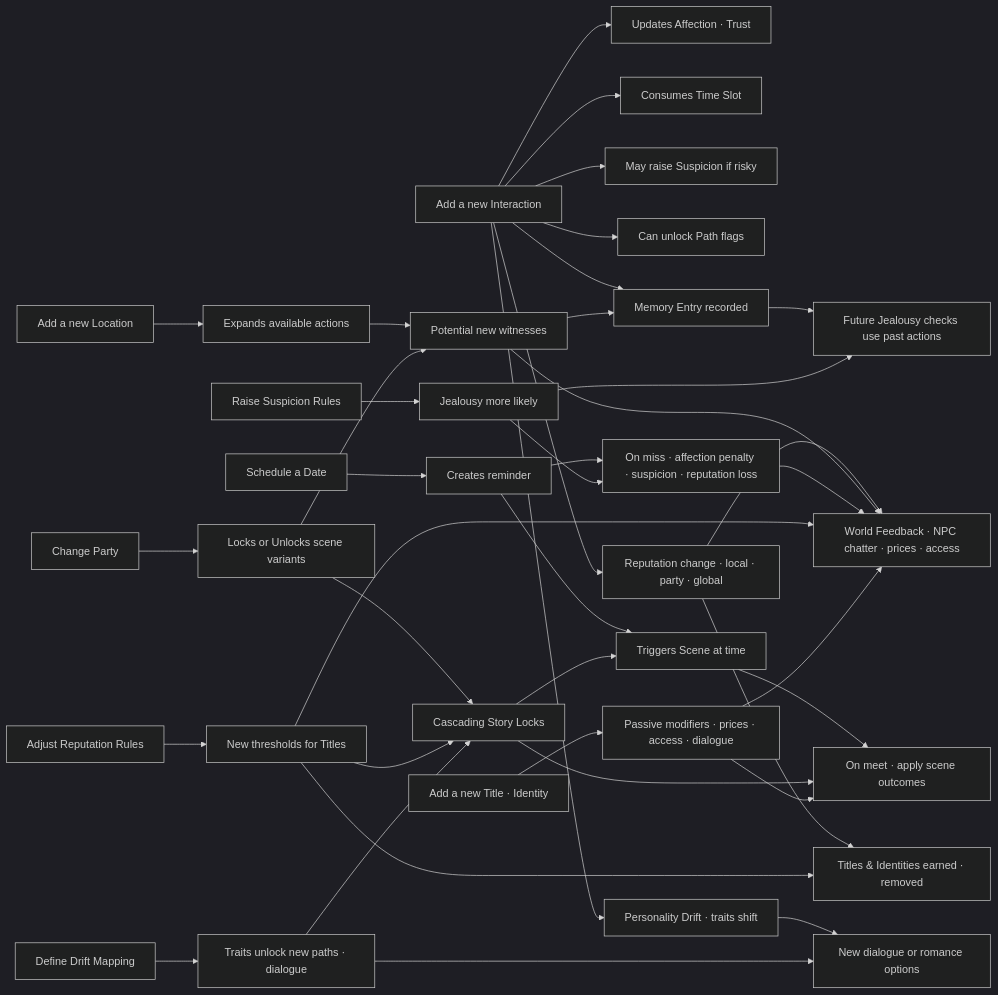
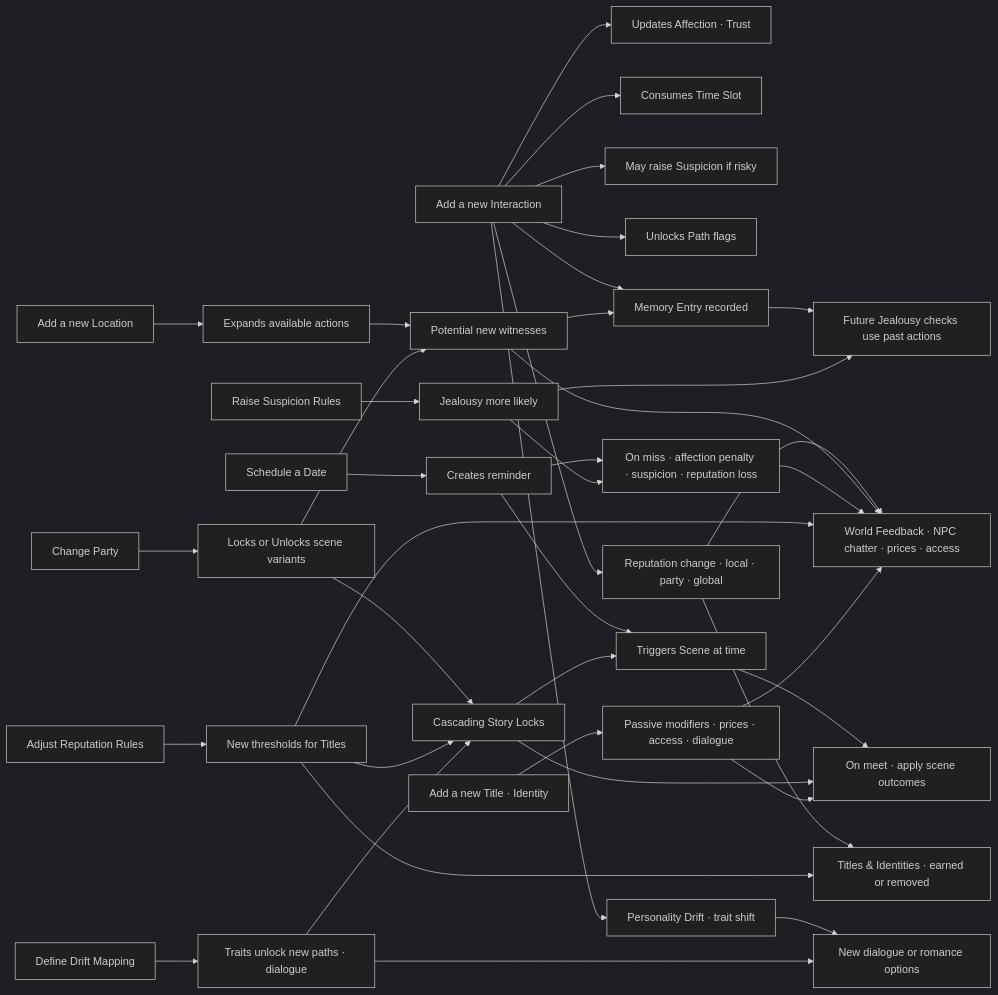
Before and after one commit to murraymint1991/woven-pulse: the third of 4 diagrams in docs/ROADMAP.md, drawn with Mermaid (dark theme). The commit also changed other lines of this file, not shown here.

````diff
--- a/docs/ROADMAP.md
+++ b/docs/ROADMAP.md
@@ -97,57 +112,57 @@
 ```mermaid
 graph LR
 
 %% Interactions ripple
 X1[Add a new Interaction] --> Y1[Updates Affection · Trust]
 X1 --> Y2[Consumes Time Slot]
 X1 --> Y3[May raise Suspicion if risky]
-X1 --> Y4[Can unlock Path flags]
+X1 --> Y4[Unlocks Path flags]
 X1 --> Y5[Reputation change · local · party · global]
-X1 --> Y6[Personality Drift · traits shift]
+X1 --> Y6[Personality Drift · trait shift]
 X1 --> Y7[Memory Entry recorded]
-Y5 --> Y8[Titles & Identities earned · removed]
+Y5 --> Y8[Titles & Identities · earned or removed]
 Y5 --> Y9[World Feedback · NPC chatter · prices · access]
 Y6 --> Y10[New dialogue or romance options]
 Y7 --> Y11[Future Jealousy checks use past actions]
 
 %% Locations & witnesses
 X2[Add a new Location] --> Y12[Expands available actions]
 Y12 --> Y13[Potential new witnesses]
 Y13 --> Y7
 Y13 --> Y9
 
 %% Scheduling & consequences
 X3[Schedule a Date] --> Y14[Creates reminder]
 Y14 --> Y15[Triggers Scene at time]
 Y15 --> Y16[On meet · apply scene outcomes]
 Y14 --> Y17[On miss · affection penalty · suspicion · reputation loss]
 Y17 --> Y9
 
 %% Party composition & story gates
 X4[Change Party] --> Y18[Locks or Unlocks scene variants]
 Y18 --> Y19[Cascading Story Locks]
 Y18 --> Y13
 Y19 --> Y15
 Y19 --> Y16
 
 %% Suspicion tuning
 X5[Raise Suspicion Rules] --> Y20[Jealousy more likely]
 Y20 --> Y11
 Y20 --> Y17
 
 %% Reputation system edits
 X6[Adjust Reputation Rules] --> Y21[New thresholds for Titles]
 Y21 --> Y8
 Y21 --> Y19
 Y21 --> Y9
 
 %% Title effects
 X7[Add a new Title · Identity] --> Y22[Passive modifiers · prices · access · dialogue]
 Y22 --> Y9
 Y22 --> Y16
 
 %% Personality drift design
 X8[Define Drift Mapping] --> Y23[Traits unlock new paths · dialogue]
 Y23 --> Y10
 Y23 --> Y19
 ```
````
